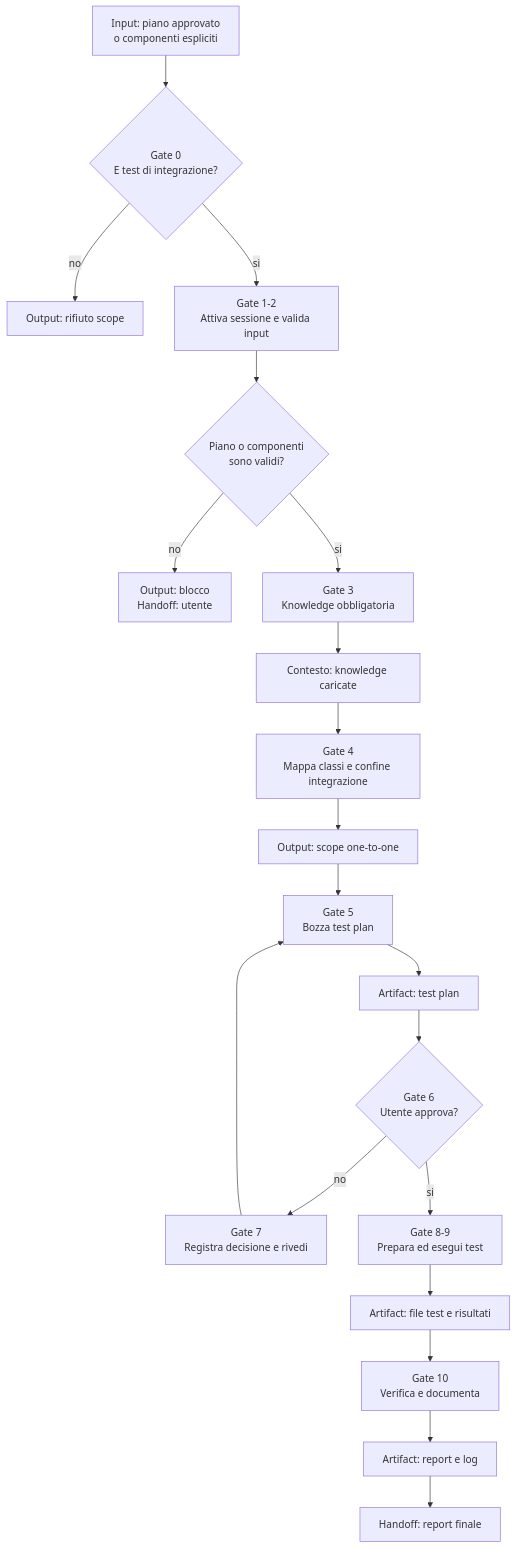
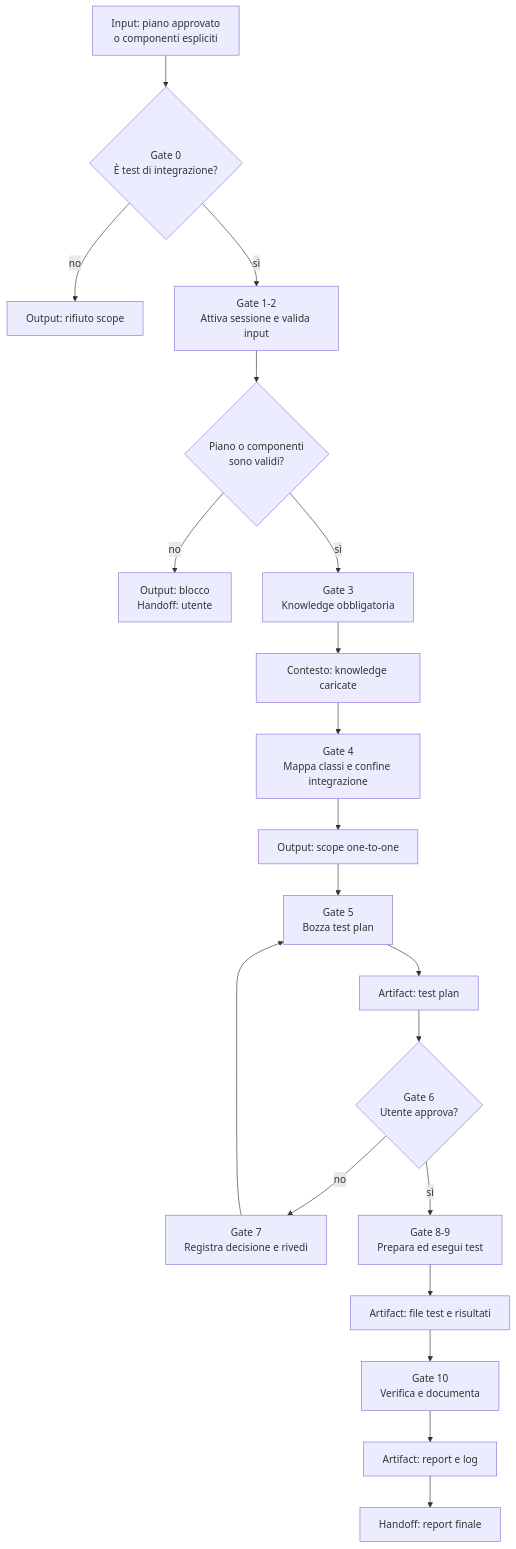
The diagram in role-maps/agents/integration-tester.md (violabg/agentic-system-lessons), drawn with Mermaid before and after one commit. The commit also changed other lines of this file and 51 other files, not shown here.

````diff
--- a/role-maps/agents/integration-tester.md
+++ b/role-maps/agents/integration-tester.md
@@ -15,22 +17,22 @@
 ```mermaid
 flowchart TD
-    Input[Input: piano approvato<br/>o componenti espliciti] --> G0{Gate 0<br/>E test di integrazione?}
+    Input[Input: piano approvato<br/>o componenti espliciti] --> G0{Gate 0<br/>È test di integrazione?}
     G0 -->|no| Refuse[Output: rifiuto scope]
-    G0 -->|si| G1[Gate 1-2<br/>Attiva sessione e valida input]
+    G0 -->|sì| G1[Gate 1-2<br/>Attiva sessione e valida input]
     G1 --> Preconditions{Piano o componenti<br/>sono validi?}
     Preconditions -->|no| Block[Output: blocco<br/>Handoff: utente]
-    Preconditions -->|si| G3[Gate 3<br/>Knowledge obbligatoria]
+    Preconditions -->|sì| G3[Gate 3<br/>Knowledge obbligatoria]
     G3 --> Knowledge[Contesto: knowledge caricate]
     Knowledge --> G4[Gate 4<br/>Mappa classi e confine integrazione]
     G4 --> Scope[Output: scope one-to-one]
     Scope --> G5[Gate 5<br/>Bozza test plan]
     G5 --> Draft[Artifact: test plan]
     Draft --> G6{Gate 6<br/>Utente approva?}
     G6 -->|no| G7[Gate 7<br/>Registra decisione e rivedi]
     G7 --> G5
-    G6 -->|si| G8[Gate 8-9<br/>Prepara ed esegui test]
+    G6 -->|sì| G8[Gate 8-9<br/>Prepara ed esegui test]
     G8 --> Tests[Artifact: file test e risultati]
     Tests --> G10[Gate 10<br/>Verifica e documenta]
     G10 --> Report[Artifact: report e log]
     Report --> G11[Handoff: report finale]
 ```
````
